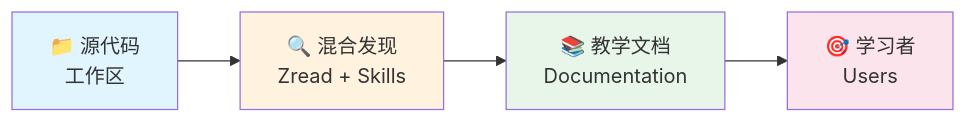
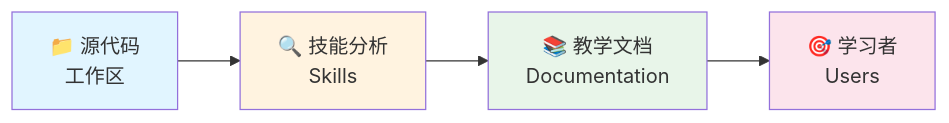
One commit to Baixu22/project-learning-guide changed the first of 2 diagrams in README.md. Above: the diagram before and after it, drawn with Mermaid. The commit also changed other lines of this file, not shown here.

Commit message:
docs: remove zread references from README

````diff
--- a/README.md
+++ b/README.md
@@ -25,11 +23,11 @@
 ```mermaid
 flowchart LR
-  A["📁 源代码<br/>工作区"] --> B["🔍 混合发现<br/>Zread + Skills"]
+  A["📁 源代码<br/>工作区"] --> B["🔍 技能分析<br/>Skills"]
   B --> C["📚 教学文档<br/>Documentation"]
   C --> D["🎯 学习者<br/>Users"]
 
   style A fill:#e1f5ff
   style B fill:#fff3e0
   style C fill:#e8f5e9
   style D fill:#fce4ec
 ```
````
